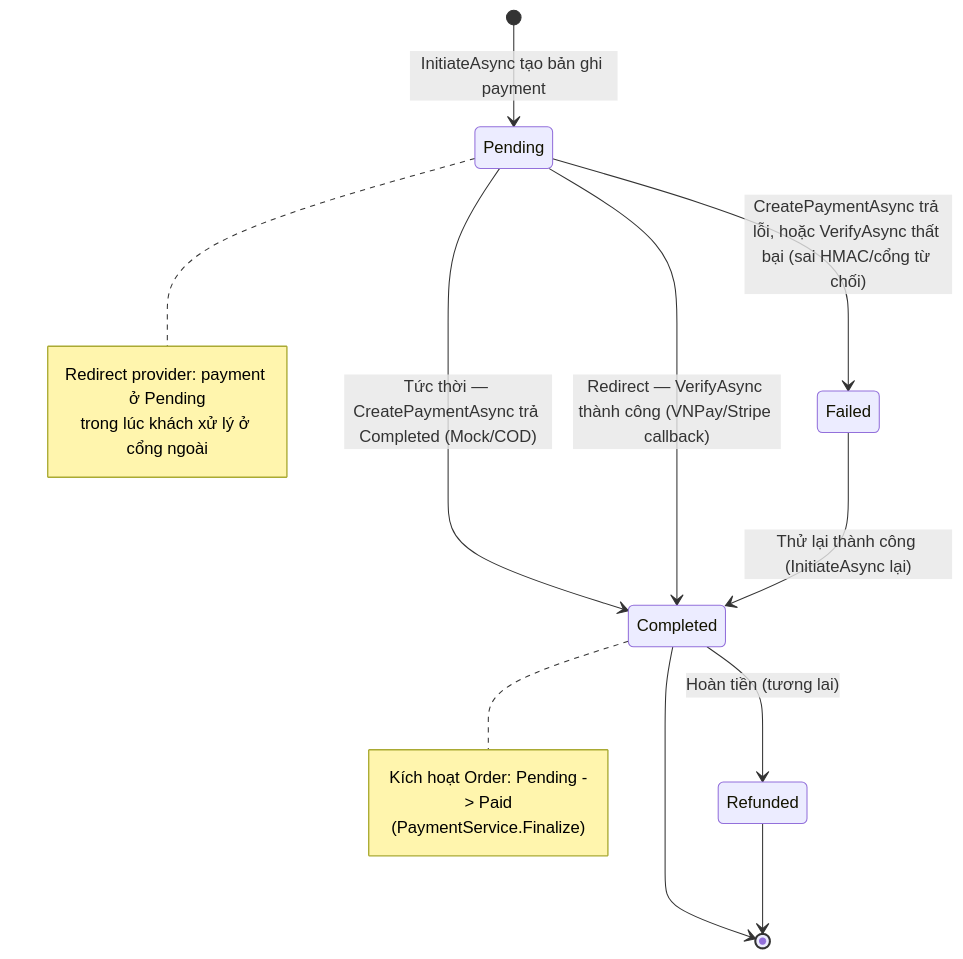
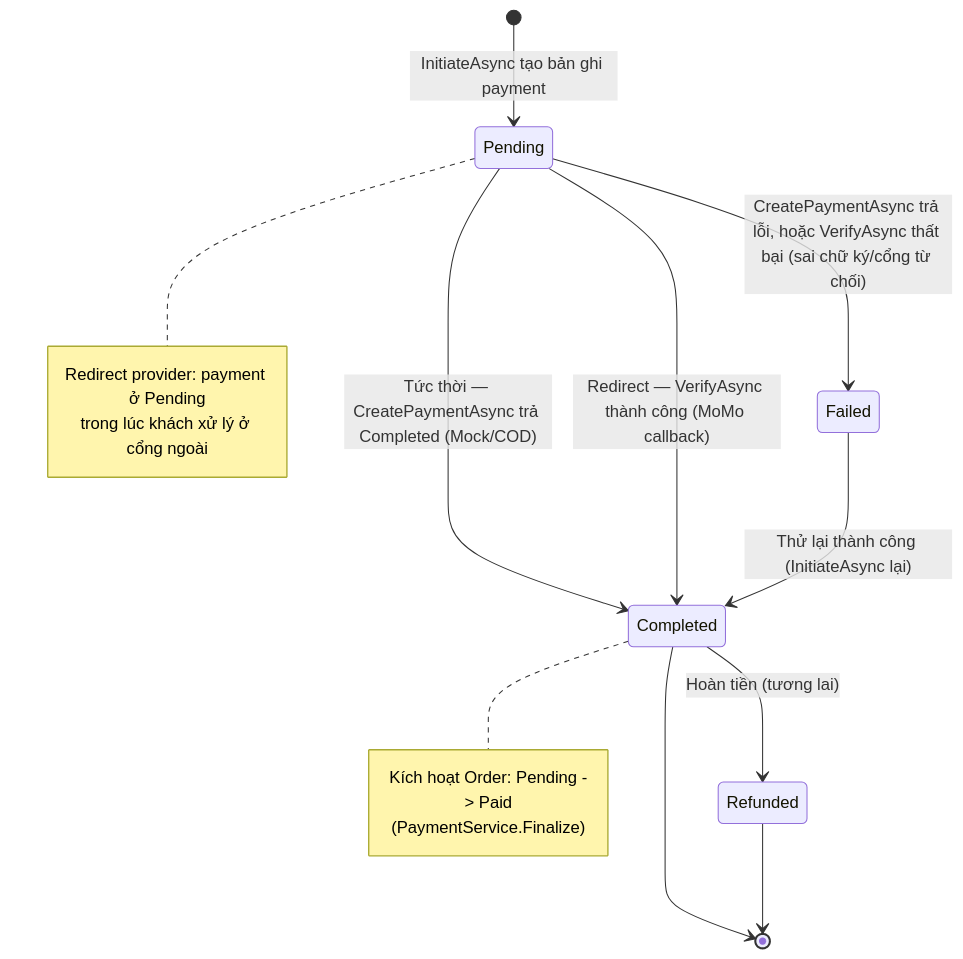
Before and after one commit to nhuy2005-alexandors/Marketplace: the second of 3 diagrams in docs/state-machine.md, drawn with Mermaid. The commit also changed other lines of this file and 107 other files, not shown here.

````diff
--- a/docs/state-machine.md
+++ b/docs/state-machine.md
@@ -48,23 +48,23 @@
 ```mermaid
 stateDiagram-v2
     [*] --> Pending: InitiateAsync tạo bản ghi payment
 
     Pending --> Completed: Tức thời — CreatePaymentAsync trả Completed (Mock/COD)
-    Pending --> Completed: Redirect — VerifyAsync thành công (VNPay/Stripe callback)
-    Pending --> Failed: CreatePaymentAsync trả lỗi, hoặc VerifyAsync thất bại (sai HMAC/cổng từ chối)
+    Pending --> Completed: Redirect — VerifyAsync thành công (MoMo callback)
+    Pending --> Failed: CreatePaymentAsync trả lỗi, hoặc VerifyAsync thất bại (sai chữ ký/cổng từ chối)
 
     Failed --> Completed: Thử lại thành công (InitiateAsync lại)
     Completed --> Refunded: Hoàn tiền (tương lai)
 
     Completed --> [*]
     Refunded --> [*]
 
     note right of Pending
         Redirect provider: payment ở Pending
         trong lúc khách xử lý ở cổng ngoài
     end note
     note right of Completed
         Kích hoạt Order: Pending -> Paid
         (PaymentService.Finalize)
     end note
 ```
````
